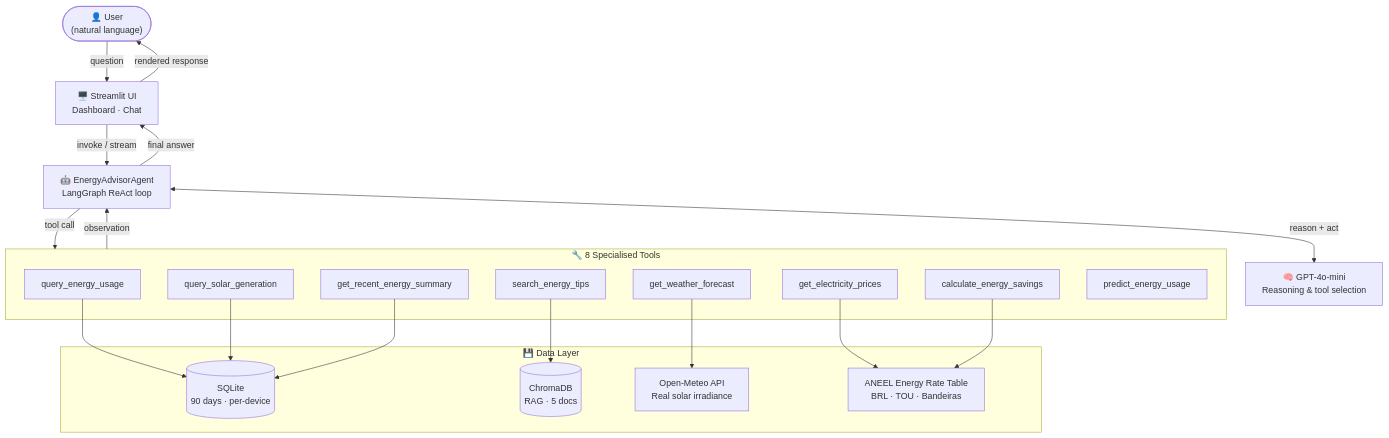
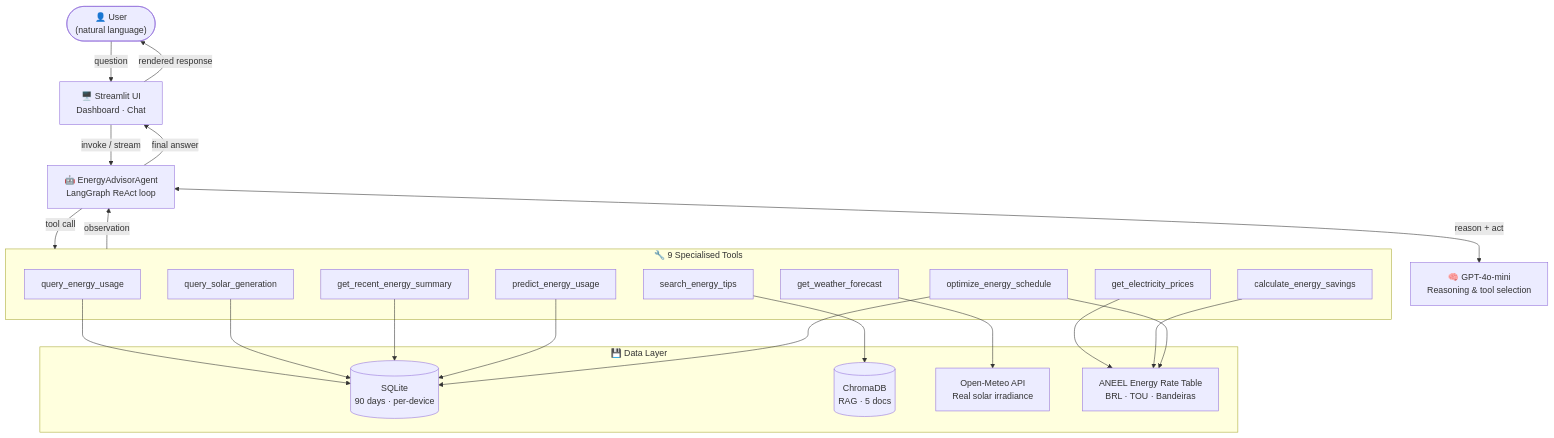
One commit to FabioCLima/Energy-Advisor-Project changed the diagram in README.md. Above: the diagram before and after it, drawn with Mermaid. The commit also changed other lines of this file and 4 other files, not shown here.

````diff
--- a/README.md
+++ b/README.md
@@ -82,38 +84,42 @@
 ```mermaid
 flowchart TD
     User(["👤 User\n(natural language)"])
     UI["🖥️ Streamlit UI\nDashboard · Chat"]
     Agent["🤖 EnergyAdvisorAgent\nLangGraph ReAct loop"]
     LLM["🧠 GPT-4o-mini\nReasoning & tool selection"]
 
-    subgraph Tools["🔧 8 Specialised Tools"]
+    subgraph Tools["🔧 9 Specialised Tools"]
         T1["query_energy_usage"]
         T2["query_solar_generation"]
         T3["get_electricity_prices"]
         T4["get_weather_forecast"]
         T5["search_energy_tips"]
         T6["calculate_energy_savings"]
         T7["get_recent_energy_summary"]
         T8["predict_energy_usage"]
+        T9["optimize_energy_schedule"]
     end
 
     subgraph Data["💾 Data Layer"]
         DB[("SQLite\n90 days · per-device")]
         VS[("ChromaDB\nRAG · 5 docs")]
         API["Open-Meteo API\nReal solar irradiance"]
         ANEEL["ANEEL Energy Rate Table\nBRL · TOU · Bandeiras"]
     end
 
     User -->|question| UI
     UI -->|invoke / stream| Agent
     Agent <-->|reason + act| LLM
     Agent -->|tool call| Tools
     T1 & T2 & T7 --> DB
     T5 --> VS
     T4 --> API
     T3 --> ANEEL
     T6 --> ANEEL
+    T8 --> DB
+    T9 --> ANEEL
+    T9 --> DB
     Tools -->|observation| Agent
     Agent -->|final answer| UI
     UI -->|rendered response| User
 ```
````
